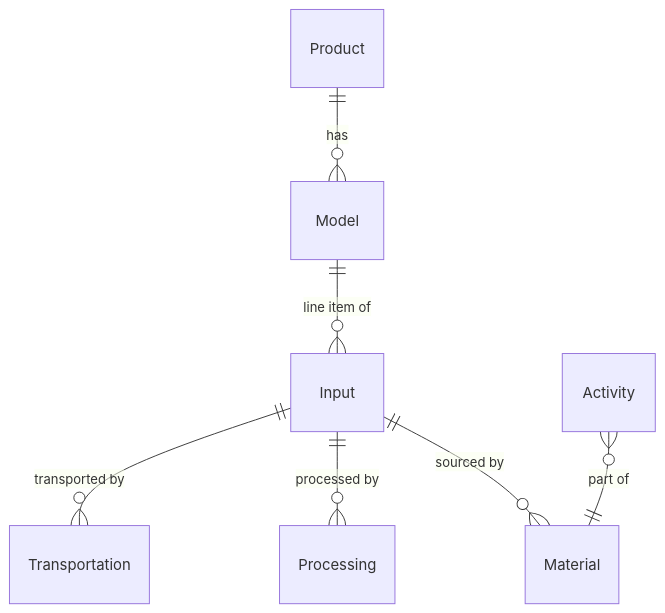
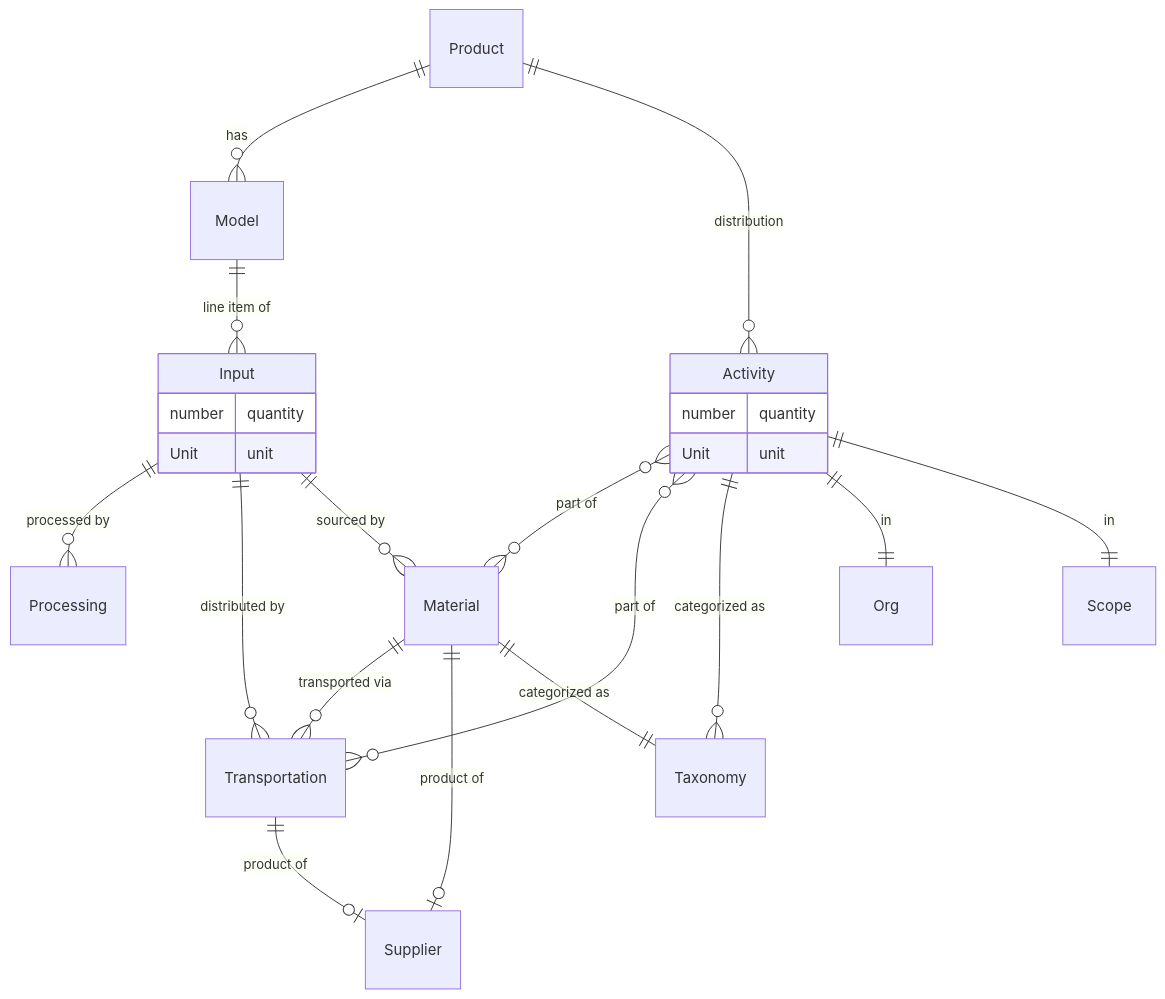
Before and after one commit to variable-co/api-documentation: the diagram in docs/data-model.mdx, drawn with Mermaid.

Commit message:
add more to diagram

````diff
--- a/docs/data-model.mdx
+++ b/docs/data-model.mdx
@@ -15,10 +15,30 @@
 ```mermaid
 erDiagram
     Product ||--o{ Model : "has"
     Model ||--o{ Input : "line item of"
+    Input ||--o{ Processing : "processed by"
+    Input ||--o{ Transportation : "distributed by"
     Input ||--o{ Material : "sourced by"
-    Input ||--o{ Processing : "processed by"
-    Input ||--o{ Transportation : "transported by"
+    Material ||--o{ Transportation : "transported via"
+    Material ||--o| Supplier : "product of"
+    Material ||--|| Taxonomy : "categorized as"
+    Transportation ||--o| Supplier : "product of"
 
-    Activity }o--|| Material : "part of"
+    Product ||--o{ Activity : "distribution"
+    Activity }o--o{ Material : "part of"
+    Activity }o--o{ Transportation : "part of"
+    Activity ||--o{ Taxonomy : "categorized as"
+    Activity ||--|| Org : "in"
+    Activity ||--|| Scope : "in"
+
+    Activity {
+        number quantity
+        Unit unit
+    }
+
+    Input {
+        number quantity
+        Unit unit
+    }
+%%    Material }o--o{ Material : "part of"
 ```
````
